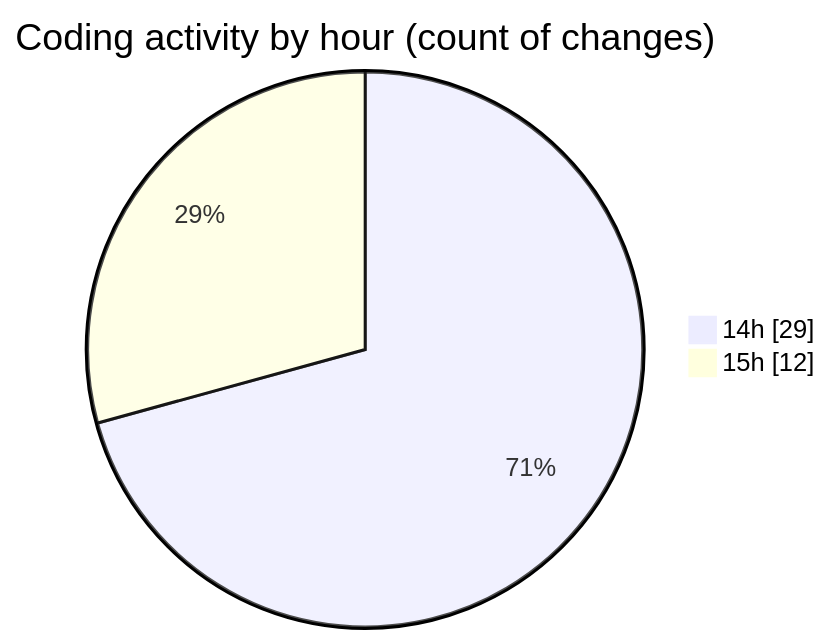
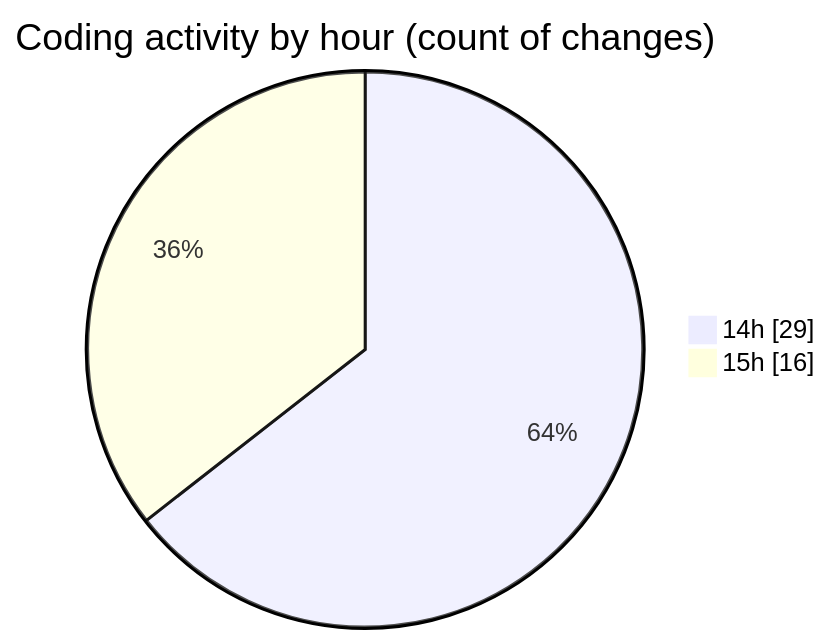
One commit to CELIANVF/code-tracking changed the second of 2 diagrams in 2025-06-05/ecodeli-1/README.md. Above: the diagram before and after it, drawn with Mermaid. The commit also changed other lines of this file and 1 other file, not shown here.

````diff
--- a/2025-06-05/ecodeli-1/README.md
+++ b/2025-06-05/ecodeli-1/README.md
@@ -46,6 +49,6 @@
 ```mermaid
 pie showData
 title Coding activity by hour (count of changes)
 "14h" : 29
-"15h" : 12
+"15h" : 16
 ```
````
